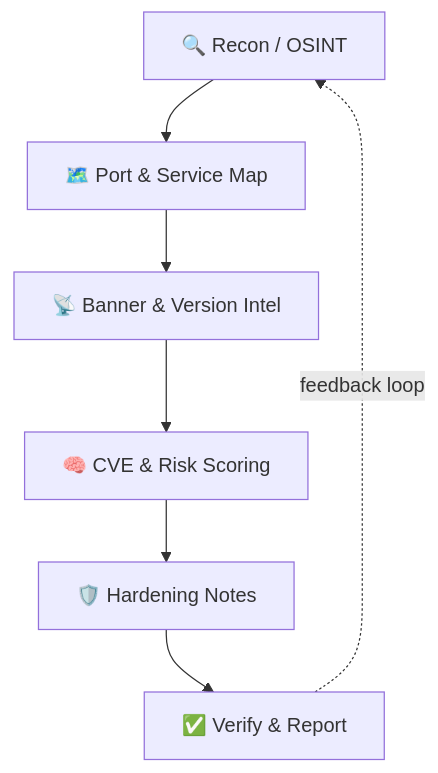
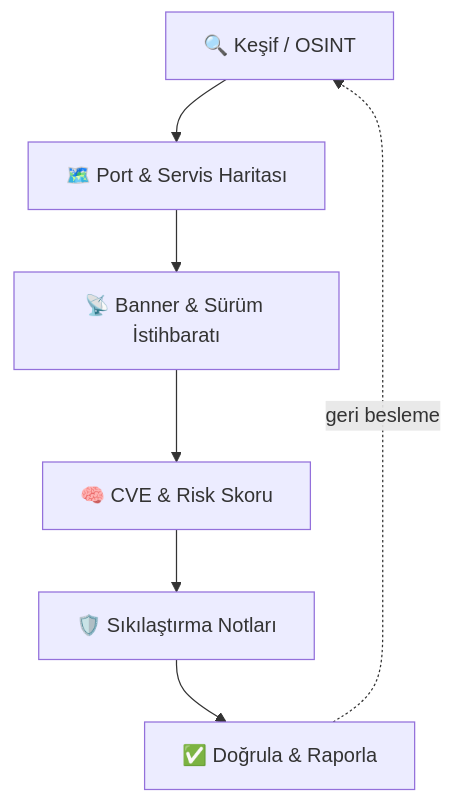
Before and after one commit to Pireburak/pireburak: the second of 2 diagrams in README.md, drawn with Mermaid. The commit also changed other lines of this file and 19 other files, not shown here.

````diff
--- a/README.md
+++ b/README.md
@@ -175,9 +157,9 @@
 ```mermaid
 flowchart TD
-  A[🔍 Recon / OSINT] --> B[🗺️ Port & Service Map]
-  B --> C[📡 Banner & Version Intel]
-  C --> D[🧠 CVE & Risk Scoring]
-  D --> E[🛡️ Hardening Notes]
-  E --> F[✅ Verify & Report]
-  F -. feedback loop .-> A
+  A[🔍 Keşif / OSINT] --> B[🗺️ Port & Servis Haritası]
+  B --> C[📡 Banner & Sürüm İstihbaratı]
+  C --> D[🧠 CVE & Risk Skoru]
+  D --> E[🛡️ Sıkılaştırma Notları]
+  E --> F[✅ Doğrula & Raporla]
+  F -. geri besleme .-> A
 ```
````
